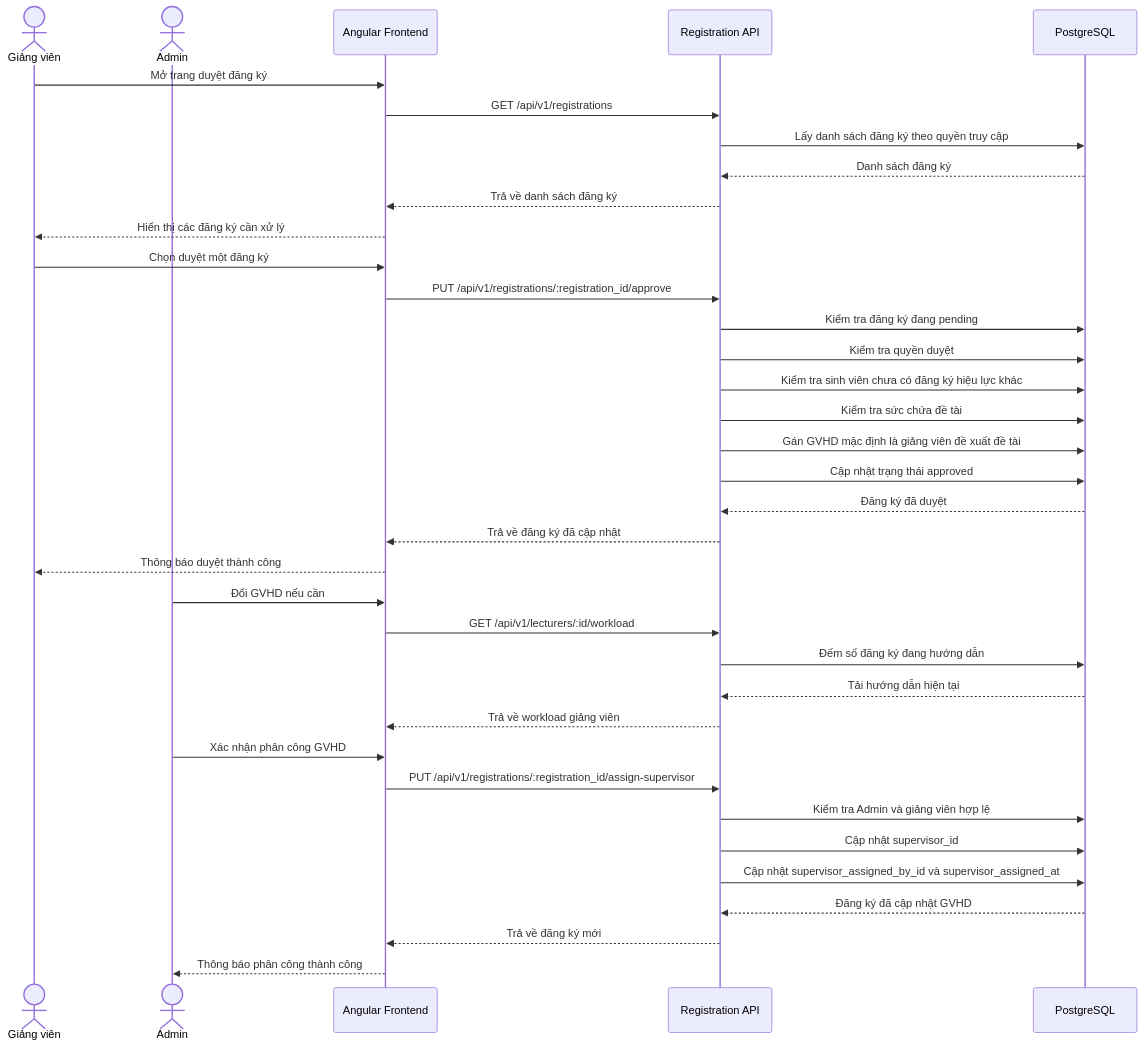
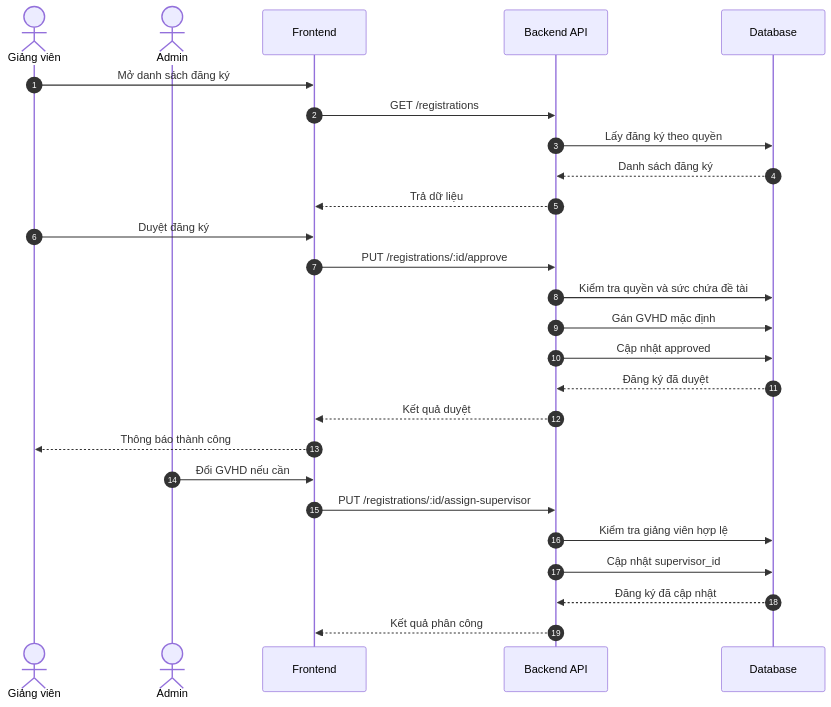
Before and after one commit to VanTruong475/research-thesis-portal: diagram 12 of 13 in docs/diagrams_research_thesis_portal.md, drawn with Mermaid. The commit also changed other lines of this file, not shown here.

Commit message:
docs(diagrams): simplify thesis report diagrams

````diff
--- a/docs/diagrams_research_thesis_portal.md
+++ b/docs/diagrams_research_thesis_portal.md
@@ -509,42 +621,31 @@
 ```mermaid
 sequenceDiagram
+    autonumber
     actor Lecturer as Giảng viên
     actor Admin as Admin
-    participant Web as Angular Frontend
-    participant RegistrationAPI as Registration API
-    participant DB as PostgreSQL
+    participant Web as Frontend
+    participant API as Backend API
+    participant DB as Database
 
-    Lecturer->>Web: Mở trang duyệt đăng ký
-    Web->>RegistrationAPI: GET /api/v1/registrations
-    RegistrationAPI->>DB: Lấy danh sách đăng ký theo quyền truy cập
-    DB-->>RegistrationAPI: Danh sách đăng ký
-    RegistrationAPI-->>Web: Trả về danh sách đăng ký
-    Web-->>Lecturer: Hiển thị các đăng ký cần xử lý
+    Lecturer->>Web: Mở danh sách đăng ký
+    Web->>API: GET /registrations
+    API->>DB: Lấy đăng ký theo quyền
+    DB-->>API: Danh sách đăng ký
+    API-->>Web: Trả dữ liệu
 
-    Lecturer->>Web: Chọn duyệt một đăng ký
-    Web->>RegistrationAPI: PUT /api/v1/registrations/:registration_id/approve
-    RegistrationAPI->>DB: Kiểm tra đăng ký đang pending
-    RegistrationAPI->>DB: Kiểm tra quyền duyệt
-    RegistrationAPI->>DB: Kiểm tra sinh viên chưa có đăng ký hiệu lực khác
-    RegistrationAPI->>DB: Kiểm tra sức chứa đề tài
-    RegistrationAPI->>DB: Gán GVHD mặc định là giảng viên đề xuất đề tài
-    RegistrationAPI->>DB: Cập nhật trạng thái approved
-    DB-->>RegistrationAPI: Đăng ký đã duyệt
-    RegistrationAPI-->>Web: Trả về đăng ký đã cập nhật
-    Web-->>Lecturer: Thông báo duyệt thành công
+    Lecturer->>Web: Duyệt đăng ký
+    Web->>API: PUT /registrations/:id/approve
+    API->>DB: Kiểm tra quyền và sức chứa đề tài
+    API->>DB: Gán GVHD mặc định
+    API->>DB: Cập nhật approved
+    DB-->>API: Đăng ký đã duyệt
+    API-->>Web: Kết quả duyệt
+    Web-->>Lecturer: Thông báo thành công
 
     Admin->>Web: Đổi GVHD nếu cần
-    Web->>RegistrationAPI: GET /api/v1/lecturers/:id/workload
-    RegistrationAPI->>DB: Đếm số đăng ký đang hướng dẫn
-    DB-->>RegistrationAPI: Tải hướng dẫn hiện tại
-    RegistrationAPI-->>Web: Trả về workload giảng viên
-
-    Admin->>Web: Xác nhận phân công GVHD
-    Web->>RegistrationAPI: PUT /api/v1/registrations/:registration_id/assign-supervisor
-    RegistrationAPI->>DB: Kiểm tra Admin và giảng viên hợp lệ
-    RegistrationAPI->>DB: Cập nhật supervisor_id
-    RegistrationAPI->>DB: Cập nhật supervisor_assigned_by_id và supervisor_assigned_at
-    DB-->>RegistrationAPI: Đăng ký đã cập nhật GVHD
-    RegistrationAPI-->>Web: Trả về đăng ký mới
-    Web-->>Admin: Thông báo phân công thành công
+    Web->>API: PUT /registrations/:id/assign-supervisor
+    API->>DB: Kiểm tra giảng viên hợp lệ
+    API->>DB: Cập nhật supervisor_id
+    DB-->>API: Đăng ký đã cập nhật
+    API-->>Web: Kết quả phân công
 ```
````
